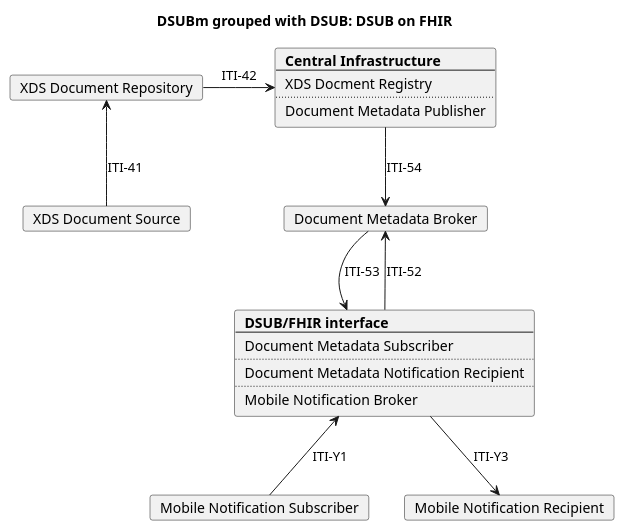
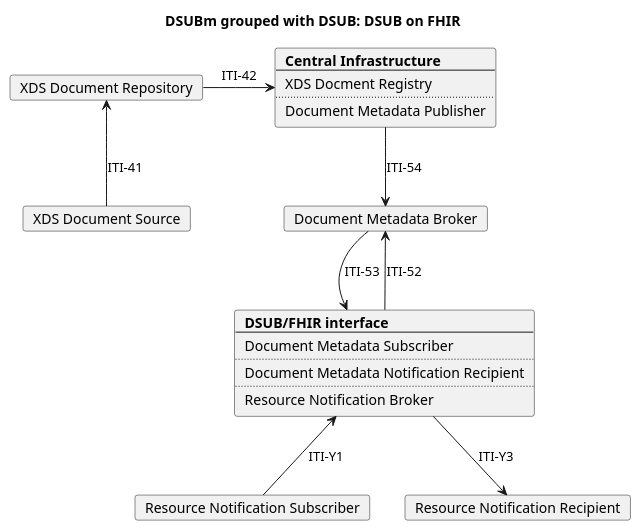
The diagram in input/images-source/model_DSUBonFHIR.plantuml (IHE/ITI.DSUBm), drawn with PlantUML before and after one commit. The commit also changed 9 other files, not shown here.

```diff
--- a/input/images-source/model_DSUBonFHIR.plantuml
+++ b/input/images-source/model_DSUBonFHIR.plantuml
@@ -1,46 +1,46 @@
 @startuml
 skinparam svgDimensionStyle false
 skinparam componentStyle rectangle
 
 hide footbox
 title "DSUBm grouped with DSUB: DSUB on FHIR" 
 
 card "XDS Document Source" as Source
 card "XDS Document Repository" as Repo
 
 card  Central [
   <b>Central Infrastructure
   ----
   XDS Docment Registry
   ....
   Document Metadata Publisher
 ]
 
 card "Document Metadata Broker" as Broker 
 
 card  DSUBFHIR [
   <b>DSUB/FHIR interface
   ----
 Document Metadata Subscriber
 ....
 Document Metadata Notification Recipient
 ....
-Mobile Notification Broker
+Resource Notification Broker
 ]
 
-card "Mobile Notification Subscriber" as Subsciber 
-card "Mobile Notification Recipient" as Recipient 
+card "Resource Notification Subscriber" as Subsciber 
+card "Resource Notification Recipient" as Recipient 
 
 Subsciber -u-> DSUBFHIR: ITI-Y1
 DSUBFHIR -d-> Broker: ITI-52
 
 Source -u-> Repo: ITI-41
 Repo -r-> Central: ITI-42
 Central -d-> Broker: ITI-54
 
 Broker-r->DSUBFHIR: ITI-53
 DSUBFHIR -d-> Recipient: ITI-Y3
 
 
 
 @enduml
```
